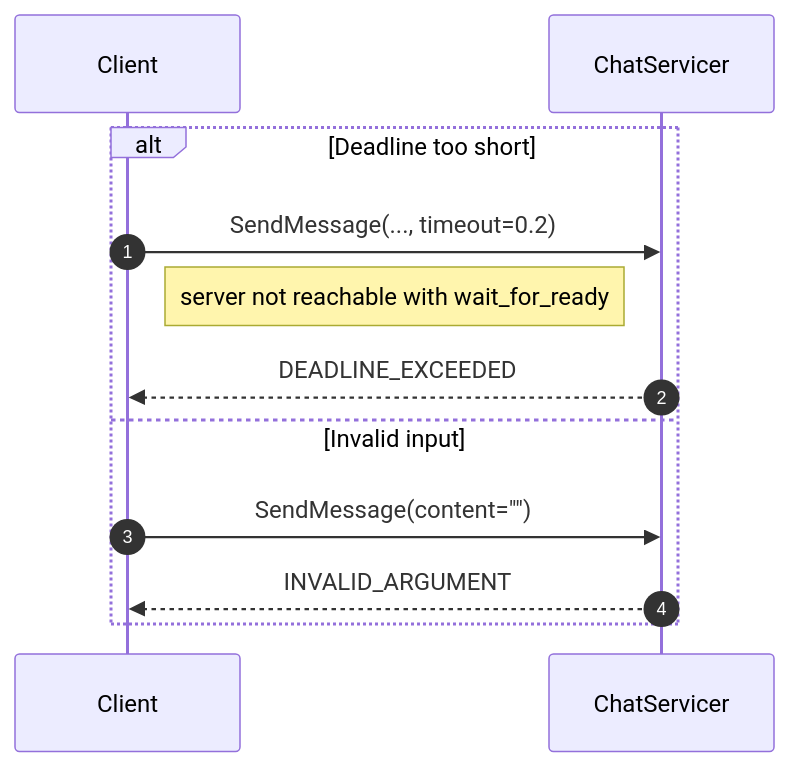
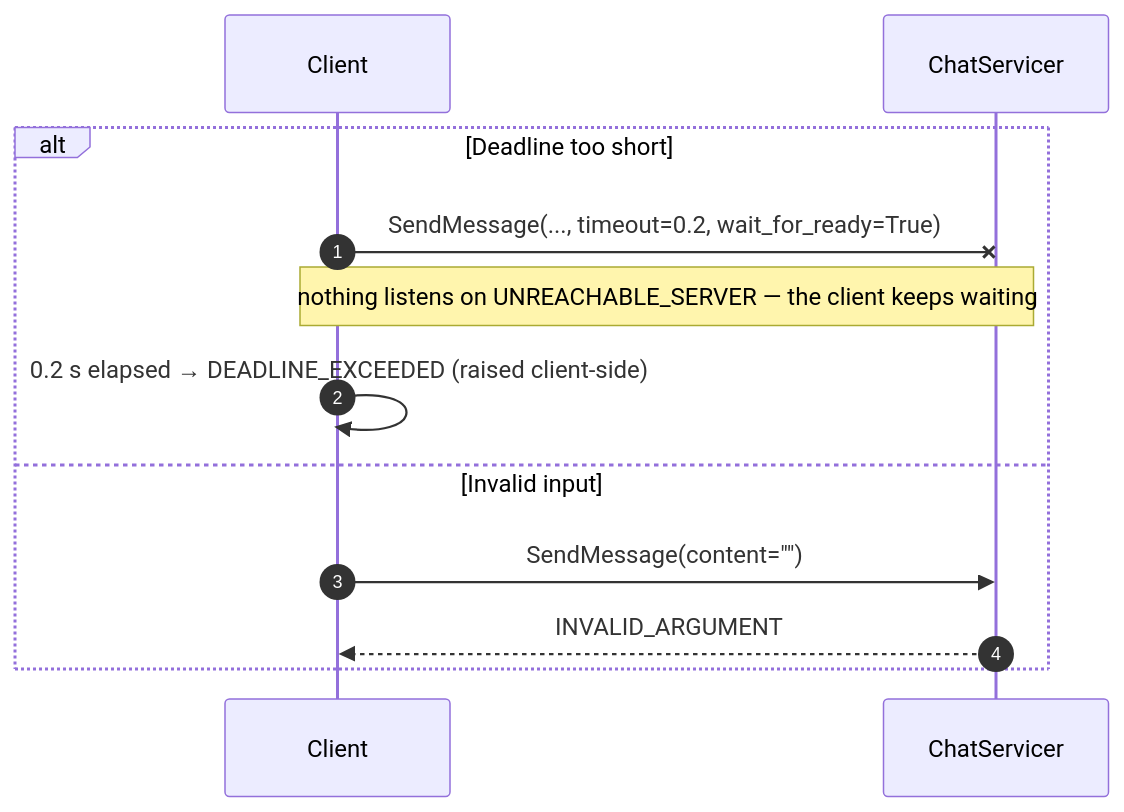
The tenth of 11 diagrams in README.md (KuligKamil/grpc-workshop), drawn with Mermaid before and after one commit. The commit also changed other lines of this file and 12 other files, not shown here.

````diff
--- a/README.md
+++ b/README.md
@@ -1840,15 +1938,15 @@
 ```mermaid
 sequenceDiagram
     autonumber
     participant C as Client
     participant S as ChatServicer
 
     alt Deadline too short
-        C->>S: SendMessage(..., timeout=0.2)
-        Note right of C: server not reachable with wait_for_ready
-        S-->>C: DEADLINE_EXCEEDED
+        C-xS: SendMessage(..., timeout=0.2, wait_for_ready=True)
+        Note over C,S: nothing listens on UNREACHABLE_SERVER — the client keeps waiting
+        C->>C: 0.2 s elapsed → DEADLINE_EXCEEDED (raised client-side)
     else Invalid input
         C->>S: SendMessage(content="")
         S-->>C: INVALID_ARGUMENT
     end
 ```
````
